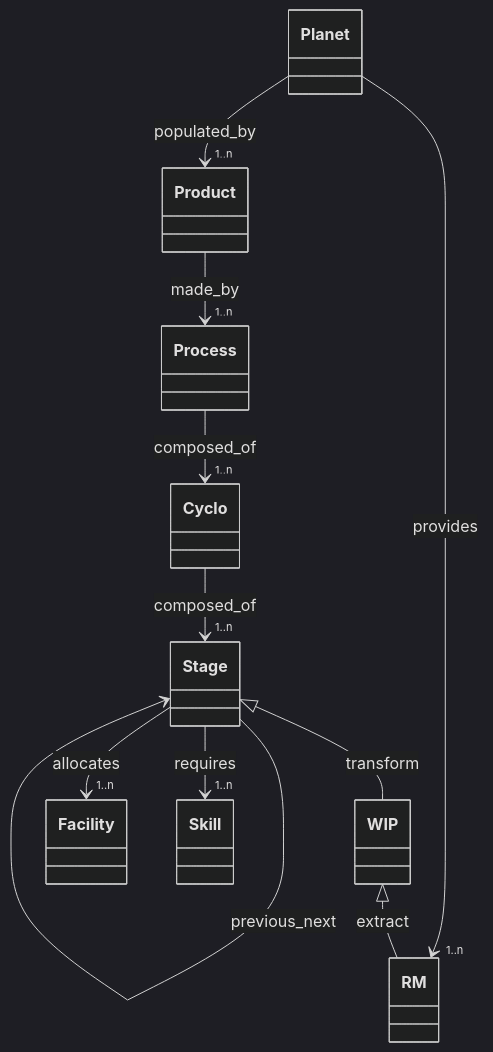
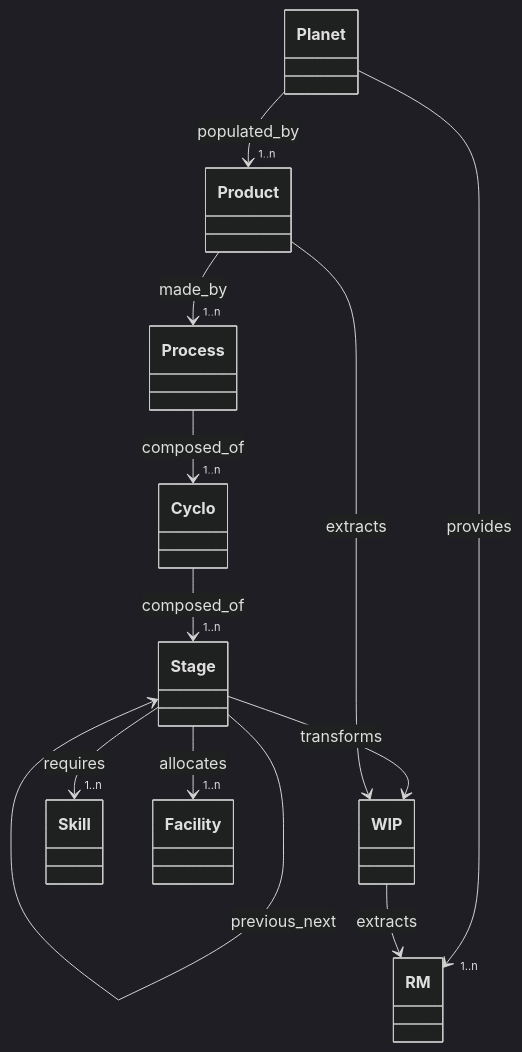
The diagram in content/docs/planet/_index.md (bampli/specs), drawn with Mermaid (dark theme) before and after one commit. The commit also changed other lines of this file and 2 other files, not shown here.

Commit message:
review model

```diff
--- a/content/docs/planet/_index.md
+++ b/content/docs/planet/_index.md
@@ -11,13 +11,14 @@
 {{< mermaid >}}
 classDiagram
     Planet --> "1..n" Product : populated_by
     Planet --> "1..n" RM : provides
     Product --> "1..n" Process : made_by
     Process --> "1..n" Cyclo : composed_of
     Cyclo --> "1..n" Stage : composed_of
     Stage --> Stage : previous_next
-    WIP <|-- RM : extract
+    WIP --> RM : extracts
+    Stage --> WIP : transforms
+    Product --> WIP : extracts
+    Stage --> "1..n" Skill : requires
     Stage --> "1..n" Facility : allocates
-    Stage <|-- WIP : transform
-    Stage --> "1..n" Skill : requires
 {{< /mermaid >}}
```
